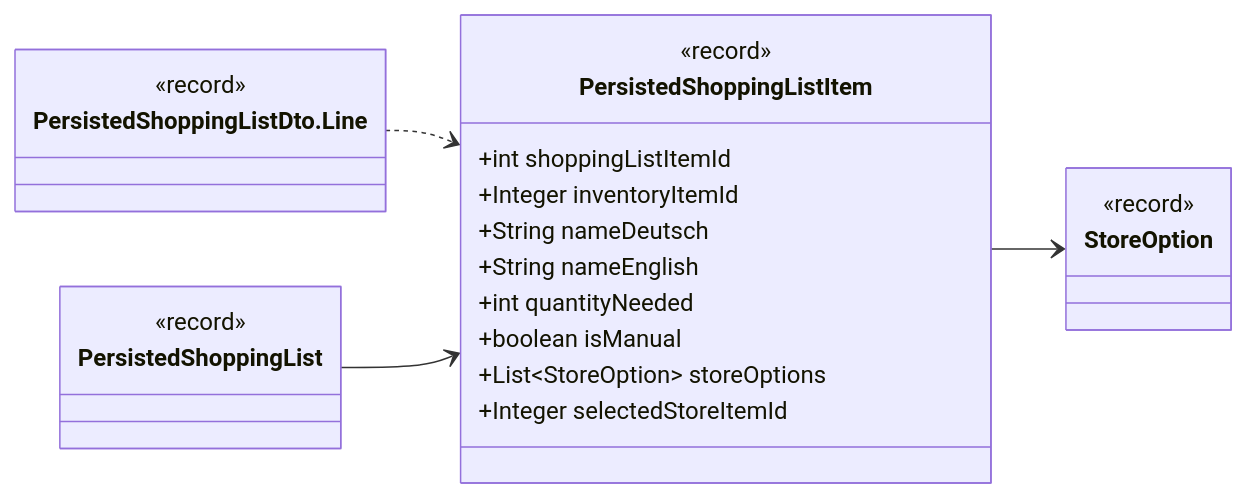
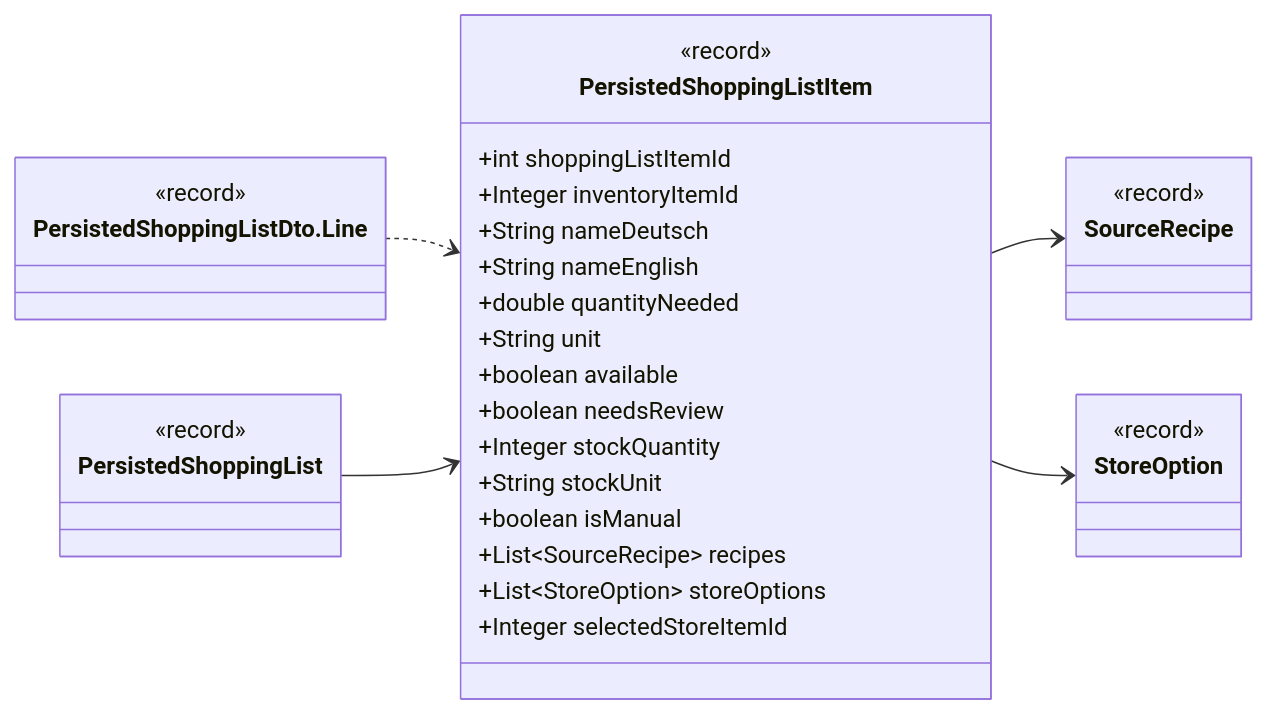
The fourth of 14 diagrams in docs/classes/shopping.md (Nate-ryan-7690/dahaem), drawn with Mermaid before and after one commit. The commit also changed other lines of this file and 27 other files, not shown here.

Commit message:
Shopping list: a shopping day, real amounts with units, kept unavailable lines, recipes per line, review flag

````diff
--- a/docs/classes/shopping.md
+++ b/docs/classes/shopping.md
@@ -153,27 +174,37 @@
 ```mermaid
 classDiagram
     direction LR
     class shopping_PersistedShoppingListItem["PersistedShoppingListItem"] {
         <<record>>
         +int shoppingListItemId
         +Integer inventoryItemId
         +String nameDeutsch
         +String nameEnglish
-        +int quantityNeeded
+        +double quantityNeeded
+        +String unit
+        +boolean available
+        +boolean needsReview
+        +Integer stockQuantity
+        +String stockUnit
         +boolean isManual
+        +List~SourceRecipe~ recipes
         +List~StoreOption~ storeOptions
         +Integer selectedStoreItemId
+    }
+    class shopping_SourceRecipe["SourceRecipe"] {
+        <<record>>
     }
     class shopping_StoreOption["StoreOption"] {
         <<record>>
     }
     class shopping_PersistedShoppingList["PersistedShoppingList"] {
         <<record>>
     }
     class api_PersistedShoppingListDto_Line["PersistedShoppingListDto.Line"] {
         <<record>>
     }
+    shopping_PersistedShoppingListItem --> shopping_SourceRecipe
     shopping_PersistedShoppingListItem --> shopping_StoreOption
     api_PersistedShoppingListDto_Line ..> shopping_PersistedShoppingListItem
     shopping_PersistedShoppingList --> shopping_PersistedShoppingListItem
 ```
````
